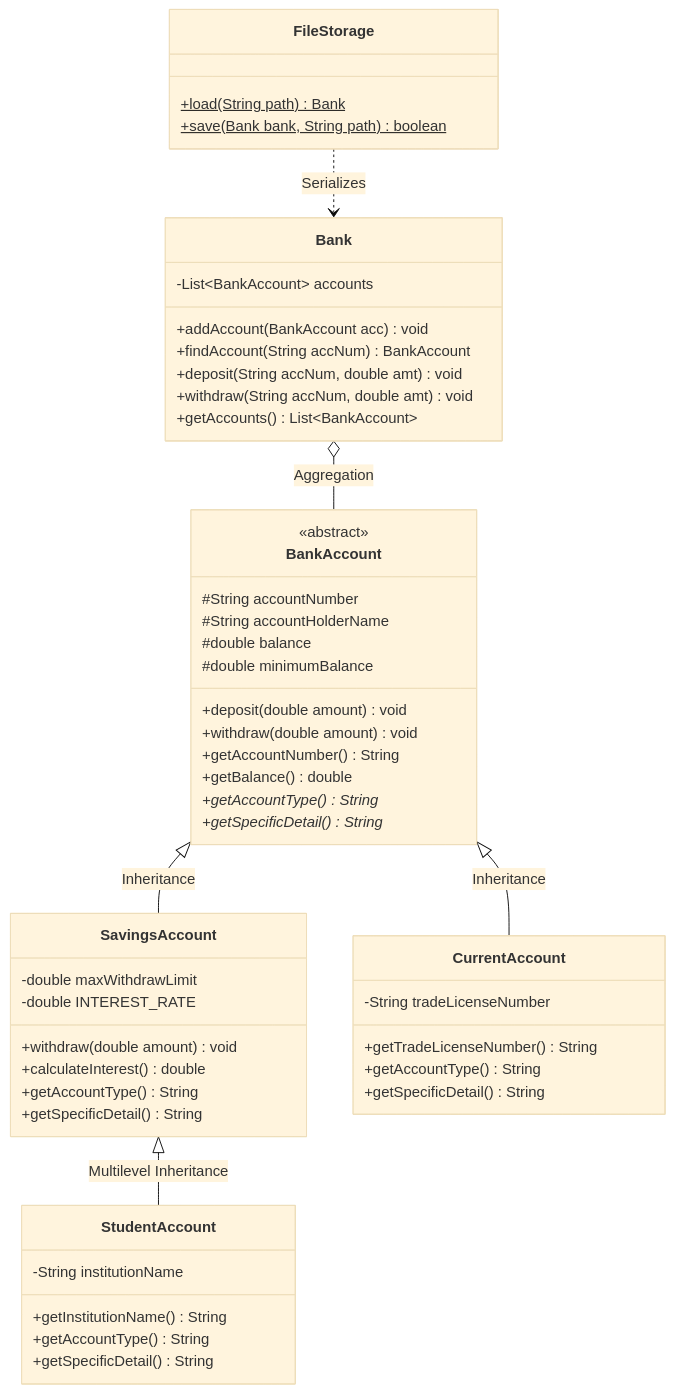
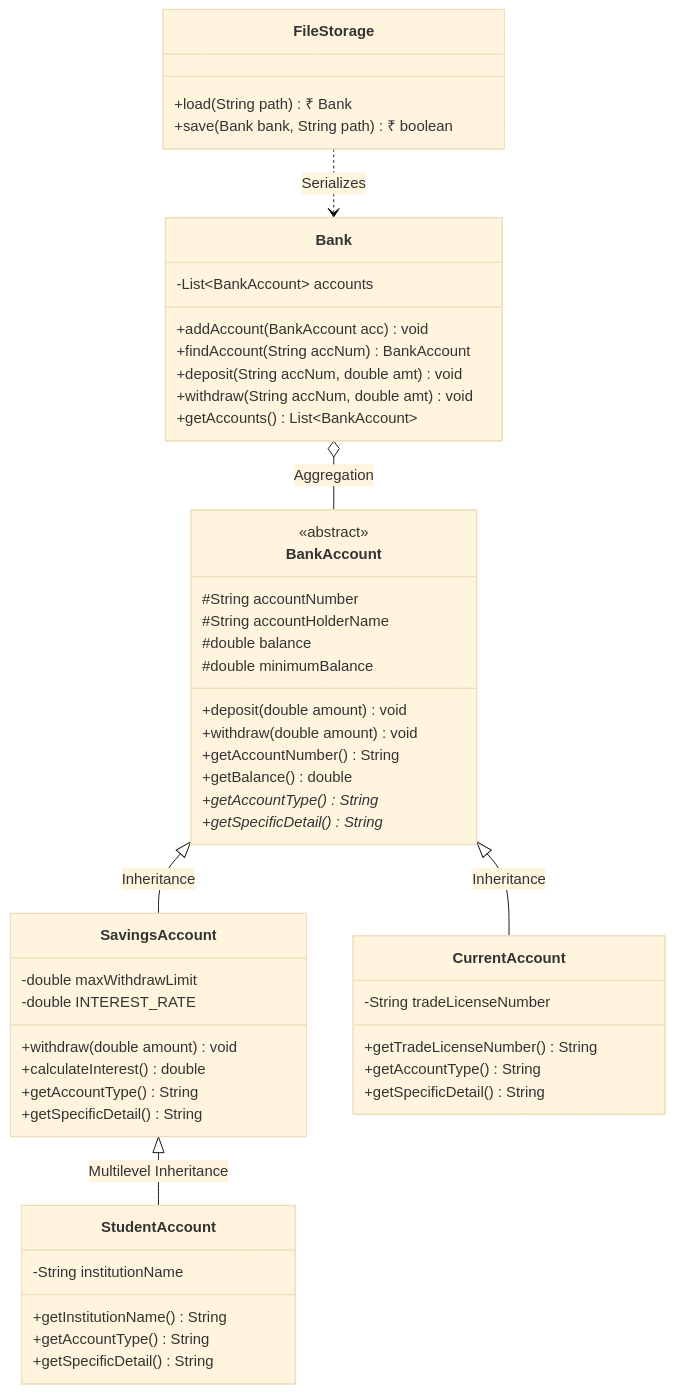
The first of 2 diagrams in PROJECT_REPORT.md (manishbollikonda-318/GRIET-BANK-INDIA), drawn with Mermaid (base theme) before and after one commit. The commit also changed other lines of this file and 13 other files, not shown here.

````diff
--- a/PROJECT_REPORT.md
+++ b/PROJECT_REPORT.md
@@ -208,59 +208,59 @@
 ```mermaid
 classDiagram
     class BankAccount {
         <<abstract>>
         #String accountNumber
         #String accountHolderName
         #double balance
         #double minimumBalance
         +deposit(double amount) void
         +withdraw(double amount) void
         +getAccountNumber() String
         +getBalance() double
         +getAccountType()* String
         +getSpecificDetail()* String
     }
 
     class SavingsAccount {
         -double maxWithdrawLimit
         -double INTEREST_RATE
         +withdraw(double amount) void
         +calculateInterest() double
         +getAccountType() String
         +getSpecificDetail() String
     }
 
     class CurrentAccount {
         -String tradeLicenseNumber
         +getTradeLicenseNumber() String
         +getAccountType() String
         +getSpecificDetail() String
     }
 
     class StudentAccount {
         -String institutionName
         +getInstitutionName() String
         +getAccountType() String
         +getSpecificDetail() String
     }
 
     class Bank {
         -List~BankAccount~ accounts
         +addAccount(BankAccount acc) void
         +findAccount(String accNum) BankAccount
         +deposit(String accNum, double amt) void
         +withdraw(String accNum, double amt) void
         +getAccounts() List~BankAccount~
     }
 
     class FileStorage {
-        +load(String path)$ Bank
-        +save(Bank bank, String path)$ boolean
+        +load(String path)₹ Bank
+        +save(Bank bank, String path)₹ boolean
     }
 
     BankAccount <|-- SavingsAccount : Inheritance
     BankAccount <|-- CurrentAccount : Inheritance
     SavingsAccount <|-- StudentAccount : Multilevel Inheritance
     Bank o-- BankAccount : Aggregation
     FileStorage ..> Bank : Serializes
 ```
````
